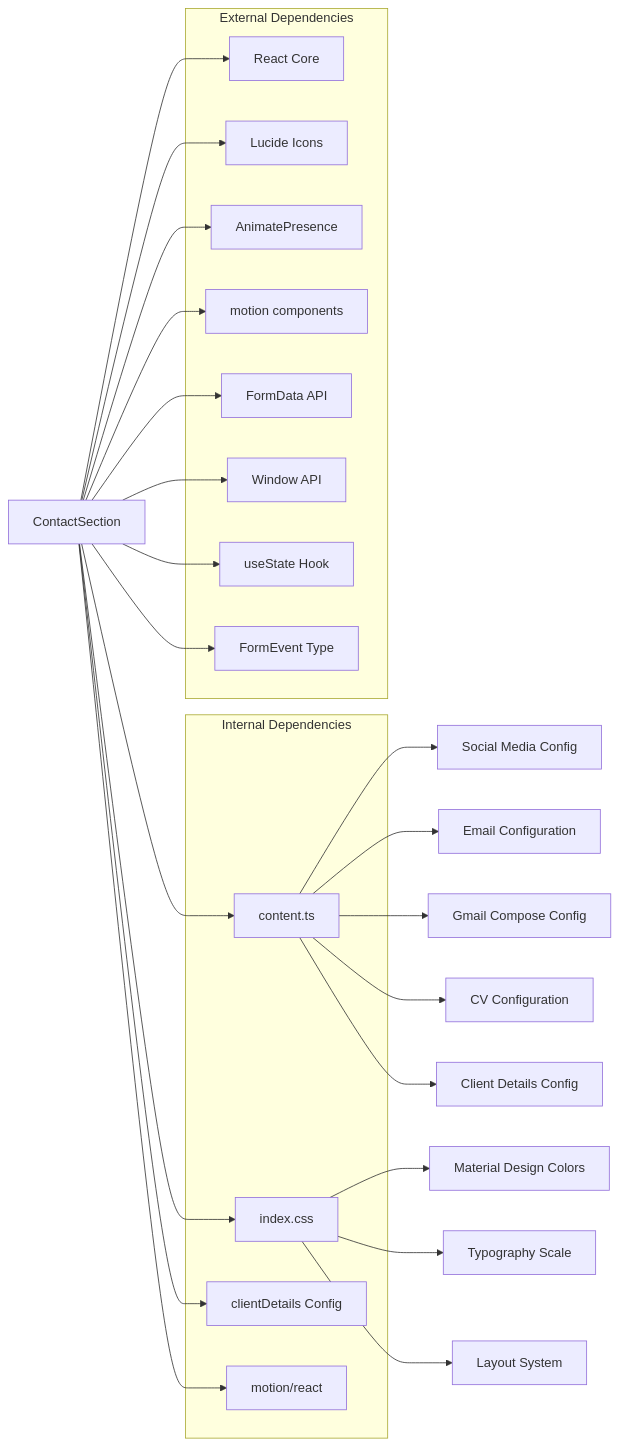
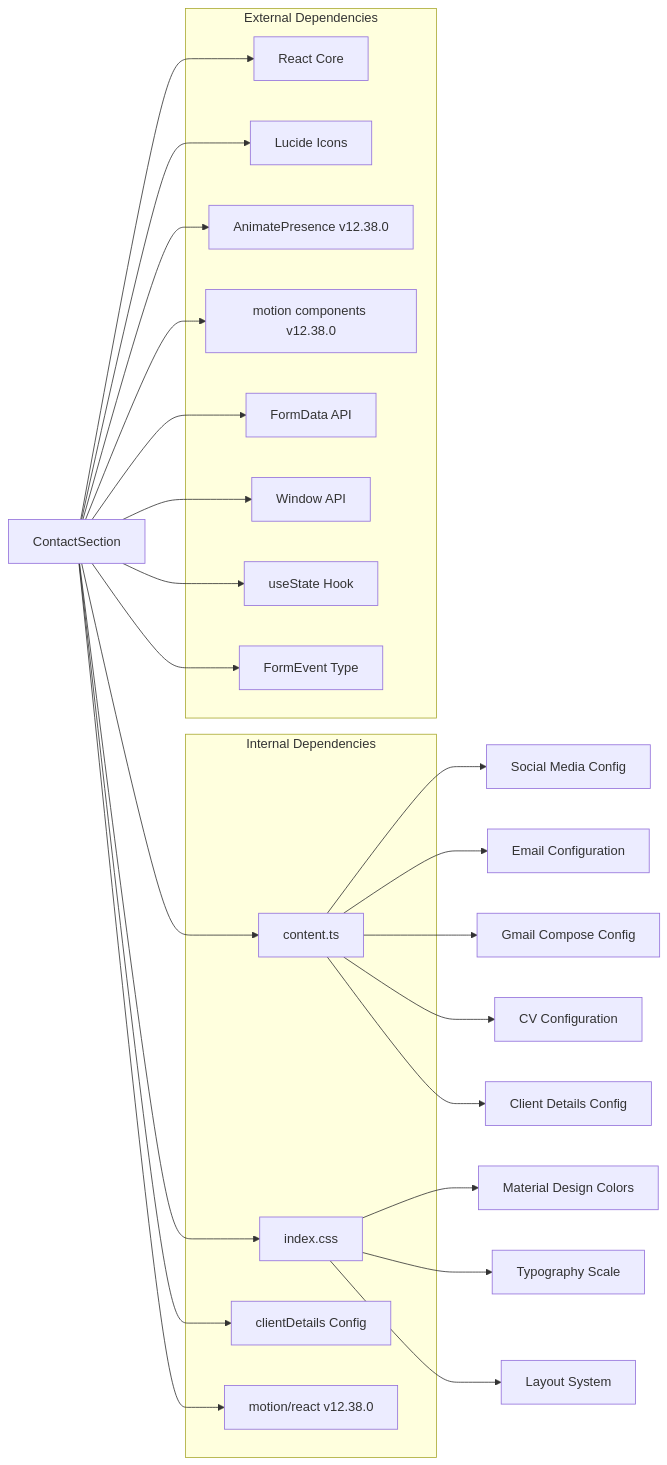
Before and after one commit to subash7781/Portfolio: the fifth of 5 diagrams in .qoder/repowiki/en/content/Component Library & UI Elements/ContactSection Component.md, drawn with Mermaid. The commit also changed other lines of this file and 9 other files, not shown here.

````diff
--- a/.qoder/repowiki/en/content/Component Library & UI Elements/ContactSection Component.md
+++ b/.qoder/repowiki/en/content/Component Library & UI Elements/ContactSection Component.md
@@ -345,39 +346,39 @@
 ```mermaid
 graph LR
 subgraph "Internal Dependencies"
 Content[content.ts]
 Theme[index.css]
 ClientDetails[clientDetails Config]
-Motion[motion/react]
+Motion[motion/react v12.38.0]
 end
 subgraph "External Dependencies"
 React[React Core]
 Lucide[Lucide Icons]
-AnimatePresence[AnimatePresence]
-motionComponents[motion components]
+AnimatePresence[AnimatePresence v12.38.0]
+motionComponents[motion components v12.38.0]
 FormData[FormData API]
 Window[Window API]
 useState[useState Hook]
 FormEvent[FormEvent Type]
 end
 ContactSection --> Content
 ContactSection --> Theme
 ContactSection --> ClientDetails
 ContactSection --> Motion
 ContactSection --> AnimatePresence
 ContactSection --> motionComponents
 ContactSection --> React
 ContactSection --> Lucide
 ContactSection --> FormData
 ContactSection --> Window
 ContactSection --> useState
 ContactSection --> FormEvent
 Content --> SocialConfig["Social Media Config"]
 Content --> EmailConfig["Email Configuration"]
 Content --> GmailConfig["Gmail Compose Config"]
 Content --> CVConfig["CV Configuration"]
 Content --> ClientDetailsConfig["Client Details Config"]
 Theme --> ColorSystem["Material Design Colors"]
 Theme --> Typography["Typography Scale"]
 Theme --> Spacing["Layout System"]
 ```
````
